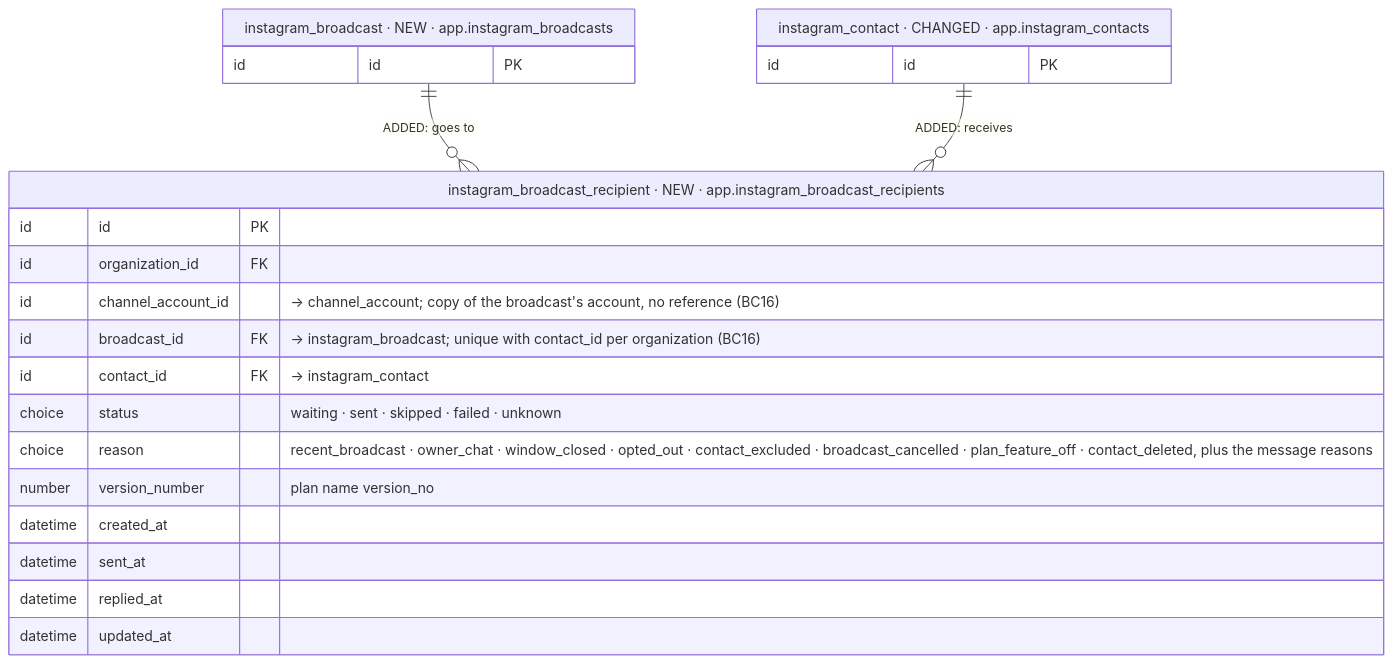
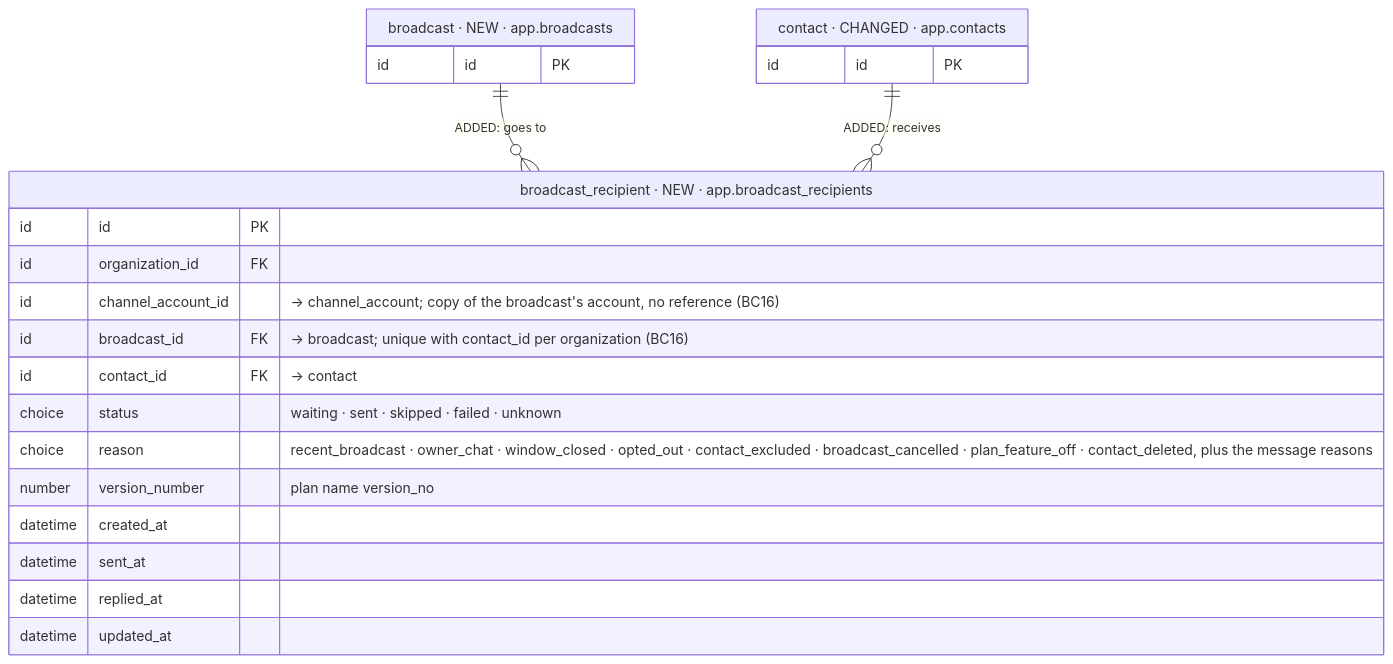
Before and after one commit to albetrios/meepzo-be: diagram 22 of 40 in iterations/feat-instagram-dm-sending-2026-11-23-oxak/plans/db-changes.md, drawn with Mermaid. The commit also changed other lines of this file and 2 other files, not shown here.

````diff
--- a/iterations/feat-instagram-dm-sending-2026-11-23-oxak/plans/db-changes.md
+++ b/iterations/feat-instagram-dm-sending-2026-11-23-oxak/plans/db-changes.md
@@ -1138,25 +1173,25 @@
 ```mermaid
 erDiagram
-  instagram_broadcast_recipient["instagram_broadcast_recipient · NEW · app.instagram_broadcast_recipients"] {
+  broadcast_recipient["broadcast_recipient · NEW · app.broadcast_recipients"] {
     id id PK
     id organization_id FK
     id channel_account_id "→ channel_account; copy of the broadcast's account, no reference (BC16)"
-    id broadcast_id FK "→ instagram_broadcast; unique with contact_id per organization (BC16)"
-    id contact_id FK "→ instagram_contact"
+    id broadcast_id FK "→ broadcast; unique with contact_id per organization (BC16)"
+    id contact_id FK "→ contact"
     choice status "waiting · sent · skipped · failed · unknown"
     choice reason "recent_broadcast · owner_chat · window_closed · opted_out · contact_excluded · broadcast_cancelled · plan_feature_off · contact_deleted, plus the message reasons"
     number version_number "plan name version_no"
     datetime created_at
     datetime sent_at
     datetime replied_at
     datetime updated_at
   }
-  instagram_broadcast["instagram_broadcast · NEW · app.instagram_broadcasts"] {
+  broadcast["broadcast · NEW · app.broadcasts"] {
     id id PK
   }
-  instagram_contact["instagram_contact · CHANGED · app.instagram_contacts"] {
+  contact["contact · CHANGED · app.contacts"] {
     id id PK
   }
-  instagram_broadcast ||--o{ instagram_broadcast_recipient : "ADDED: goes to"
-  instagram_contact ||--o{ instagram_broadcast_recipient : "ADDED: receives"
+  broadcast ||--o{ broadcast_recipient : "ADDED: goes to"
+  contact ||--o{ broadcast_recipient : "ADDED: receives"
 ```
````
